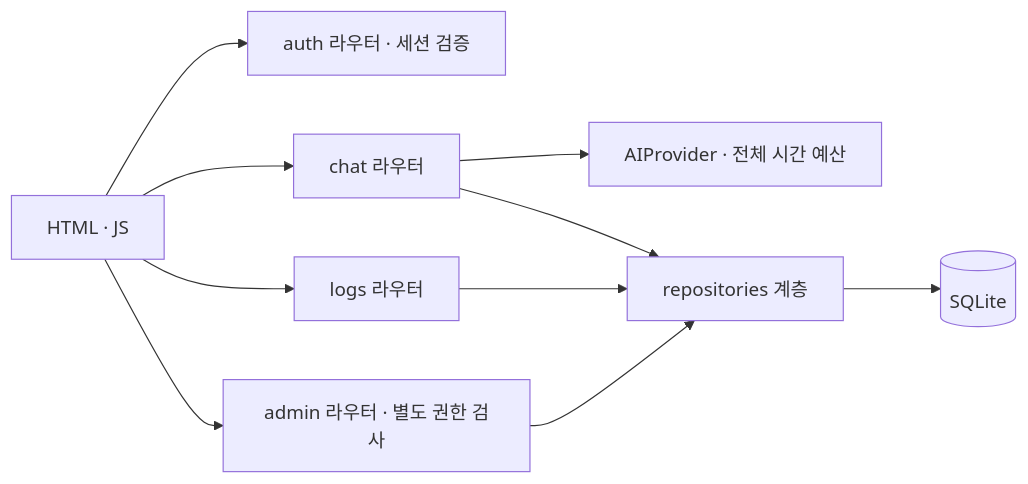
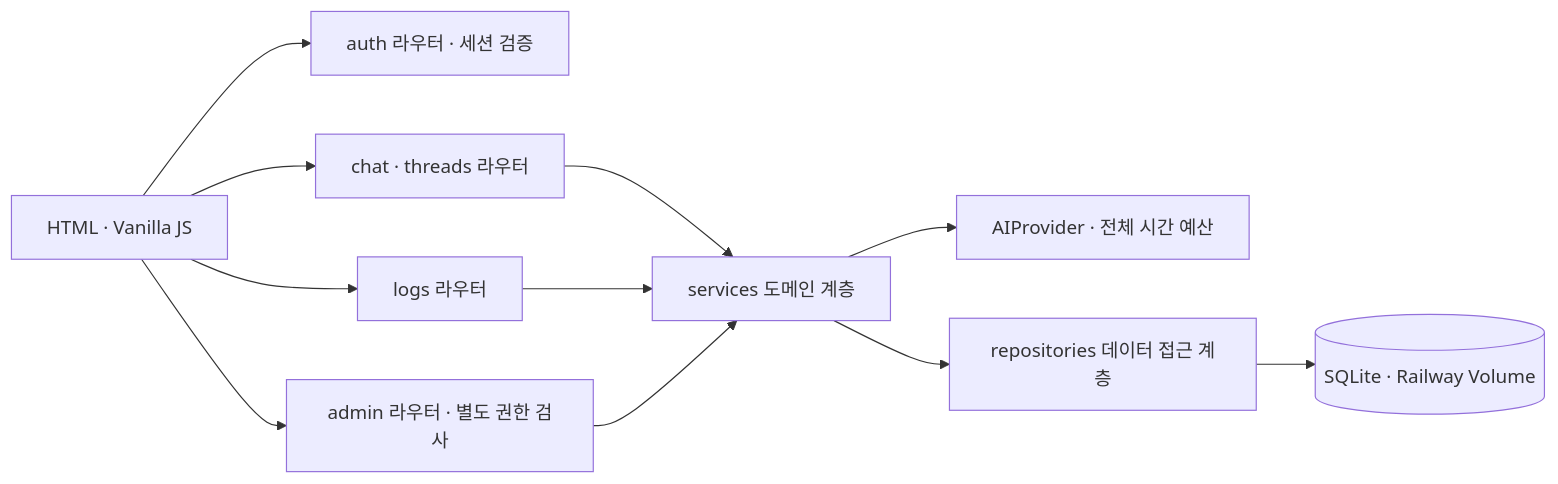
The first of 2 diagrams in README.md (codyssey-term-mission-B7-1/ai-chatbot-service), drawn with Mermaid before and after one commit. The commit also changed other lines of this file and 5 other files, not shown here.

Commit message:
docs: README 및 연계 문서 전면 현행화 (DB ERD·아키텍처·API·감사 이벤트 동기화) (#215)

````diff
--- a/README.md
+++ b/README.md
@@ -22,12 +22,13 @@
 ```mermaid
 flowchart LR
-  UI[HTML · JS] --> AUTH[auth 라우터 · 세션 검증]
-  UI --> CHAT[chat 라우터]
+  UI[HTML · Vanilla JS] --> AUTH[auth 라우터 · 세션 검증]
+  UI --> CHAT[chat · threads 라우터]
   UI --> LOGS[logs 라우터]
   UI --> ADMIN[admin 라우터 · 별도 권한 검사]
-  CHAT --> AI[AIProvider · 전체 시간 예산]
-  CHAT --> REPO[repositories 계층]
-  LOGS --> REPO
-  ADMIN --> REPO
-  REPO --> DB[(SQLite)]
+  CHAT --> SERVICES[services 도메인 계층]
+  LOGS --> SERVICES
+  ADMIN --> SERVICES
+  SERVICES --> AI[AIProvider · 전체 시간 예산]
+  SERVICES --> REPO[repositories 데이터 접근 계층]
+  REPO --> DB[(SQLite · Railway Volume)]
 ```
````
